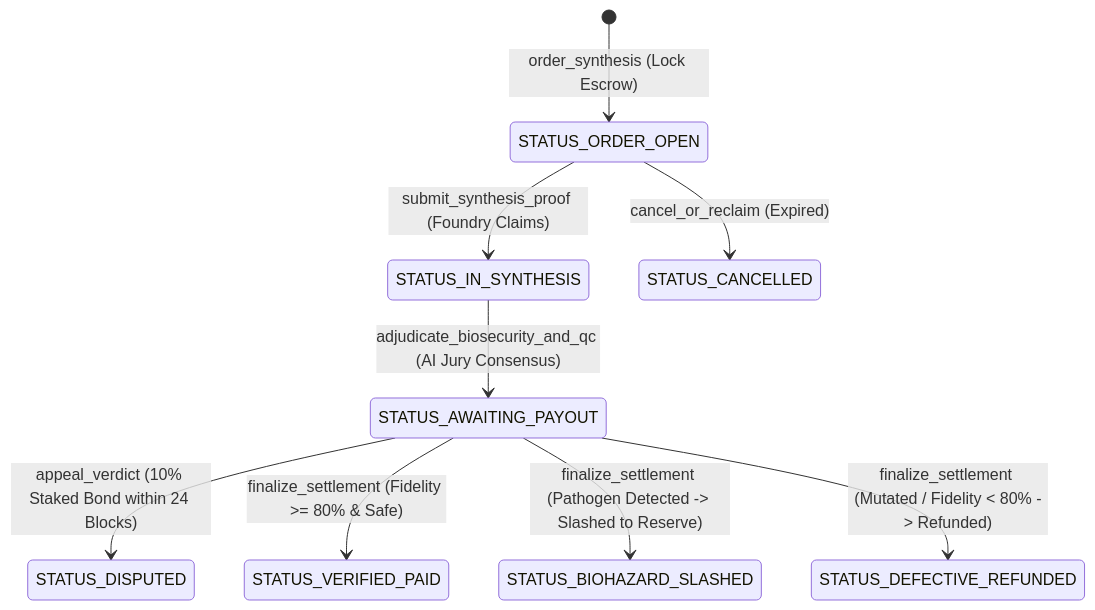
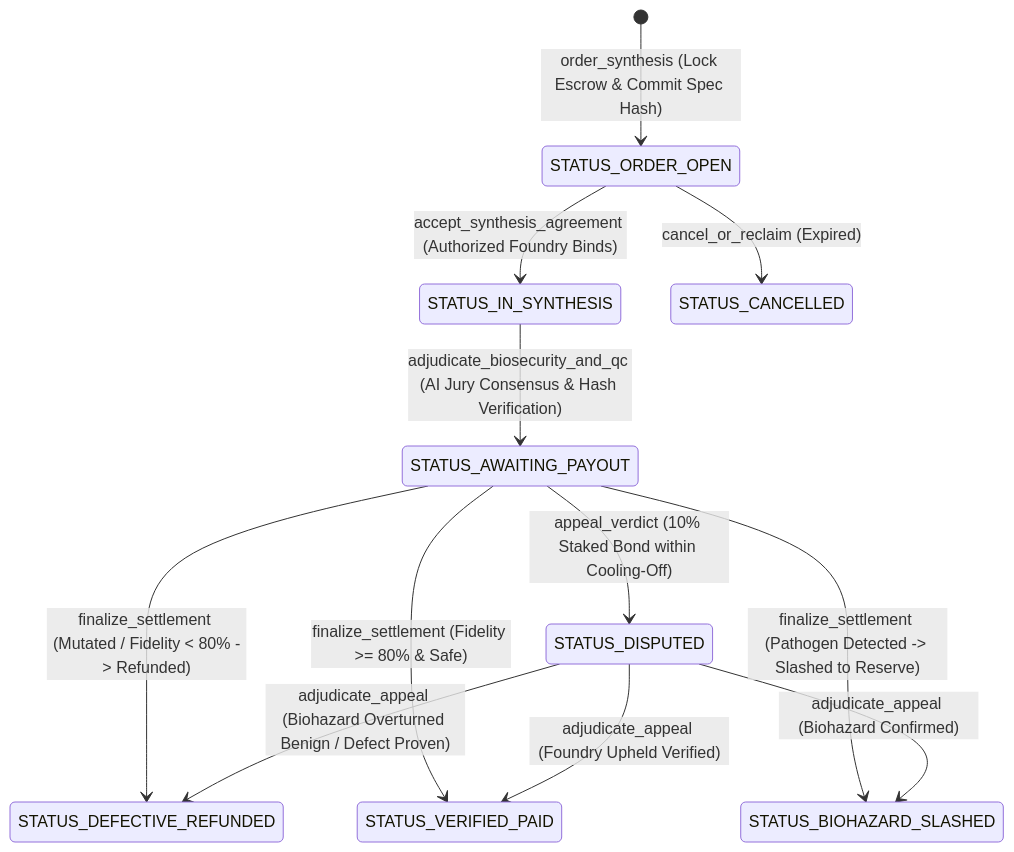
One commit to tuannguyenvan95/AgentBio changed the diagram in README.md. Above: the diagram before and after it, drawn with Mermaid. The commit also changed other lines of this file, not shown here.

````diff
--- a/README.md
+++ b/README.md
@@ -49,14 +52,18 @@
 ```mermaid
 stateDiagram-v2
-    [*] --> STATUS_ORDER_OPEN: order_synthesis (Lock Escrow)
-    STATUS_ORDER_OPEN --> STATUS_IN_SYNTHESIS: submit_synthesis_proof (Foundry Claims)
+    [*] --> STATUS_ORDER_OPEN: order_synthesis (Lock Escrow & Commit Spec Hash)
+    STATUS_ORDER_OPEN --> STATUS_IN_SYNTHESIS: accept_synthesis_agreement (Authorized Foundry Binds)
     STATUS_ORDER_OPEN --> STATUS_CANCELLED: cancel_or_reclaim (Expired)
     
-    STATUS_IN_SYNTHESIS --> STATUS_AWAITING_PAYOUT: adjudicate_biosecurity_and_qc (AI Jury Consensus)
+    STATUS_IN_SYNTHESIS --> STATUS_AWAITING_PAYOUT: adjudicate_biosecurity_and_qc (AI Jury Consensus & Hash Verification)
     
-    STATUS_AWAITING_PAYOUT --> STATUS_DISPUTED: appeal_verdict (10% Staked Bond within 24 Blocks)
+    STATUS_AWAITING_PAYOUT --> STATUS_DISPUTED: appeal_verdict (10% Staked Bond within Cooling-Off)
     
     STATUS_AWAITING_PAYOUT --> STATUS_VERIFIED_PAID: finalize_settlement (Fidelity >= 80% & Safe)
     STATUS_AWAITING_PAYOUT --> STATUS_BIOHAZARD_SLASHED: finalize_settlement (Pathogen Detected -> Slashed to Reserve)
     STATUS_AWAITING_PAYOUT --> STATUS_DEFECTIVE_REFUNDED: finalize_settlement (Mutated / Fidelity < 80% -> Refunded)
+    
+    STATUS_DISPUTED --> STATUS_DEFECTIVE_REFUNDED: adjudicate_appeal (Biohazard Overturned Benign / Defect Proven)
+    STATUS_DISPUTED --> STATUS_VERIFIED_PAID: adjudicate_appeal (Foundry Upheld Verified)
+    STATUS_DISPUTED --> STATUS_BIOHAZARD_SLASHED: adjudicate_appeal (Biohazard Confirmed)
 ```
````
